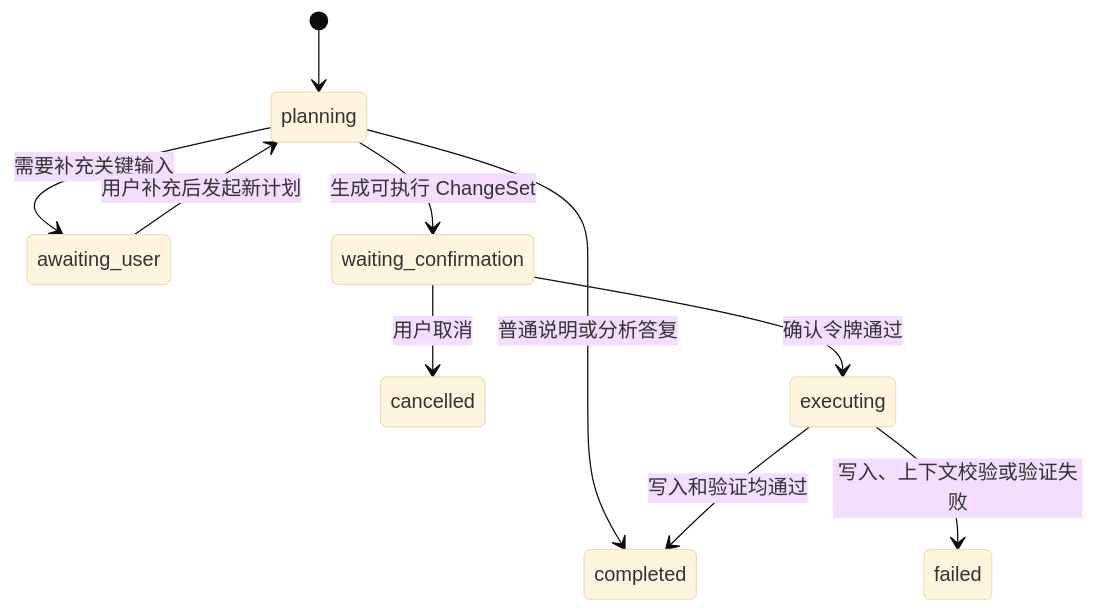
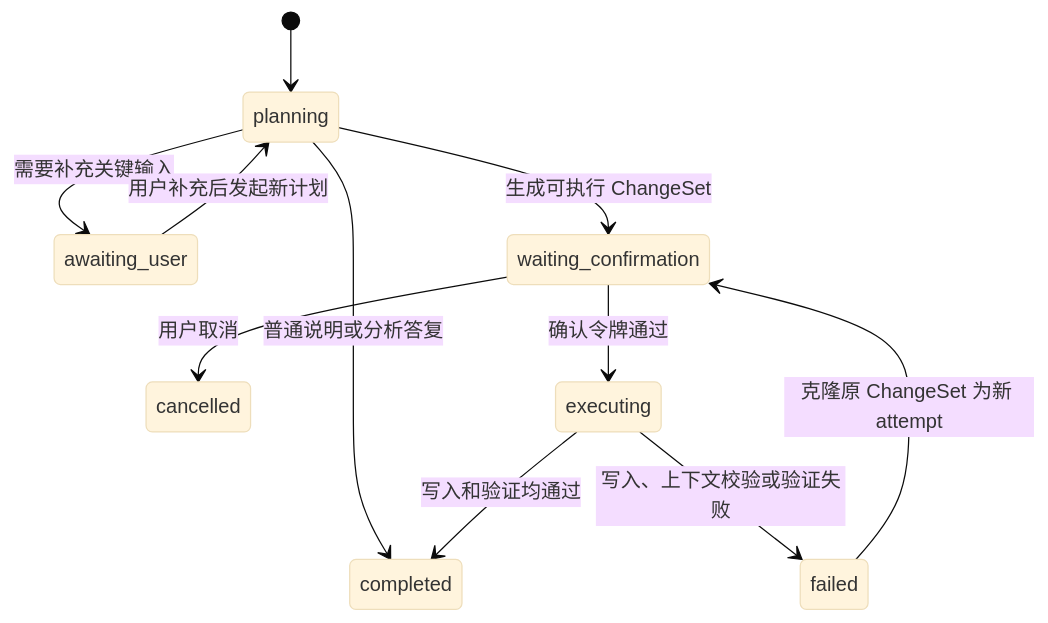
Before and after one commit to ferren/JLCircuit-Agent: the third of 9 diagrams in docs/current-architecture.md, drawn with Mermaid (base theme). The commit also changed other lines of this file and 32 other files, not shown here.

First line of the commit message:
fix: batch move errors, inline write approval, and architecture updates

````diff
--- a/docs/current-architecture.md
+++ b/docs/current-architecture.md
@@ -347,12 +366,13 @@
 ```mermaid
 stateDiagram-v2
     [*] --> planning
     planning --> completed: 普通说明或分析答复
     planning --> awaiting_user: 需要补充关键输入
     planning --> waiting_confirmation: 生成可执行 ChangeSet
     awaiting_user --> planning: 用户补充后发起新计划
     waiting_confirmation --> cancelled: 用户取消
     waiting_confirmation --> executing: 确认令牌通过
     executing --> completed: 写入和验证均通过
     executing --> failed: 写入、上下文校验或验证失败
+    failed --> waiting_confirmation: 克隆原 ChangeSet 为新 attempt
 ```
````
